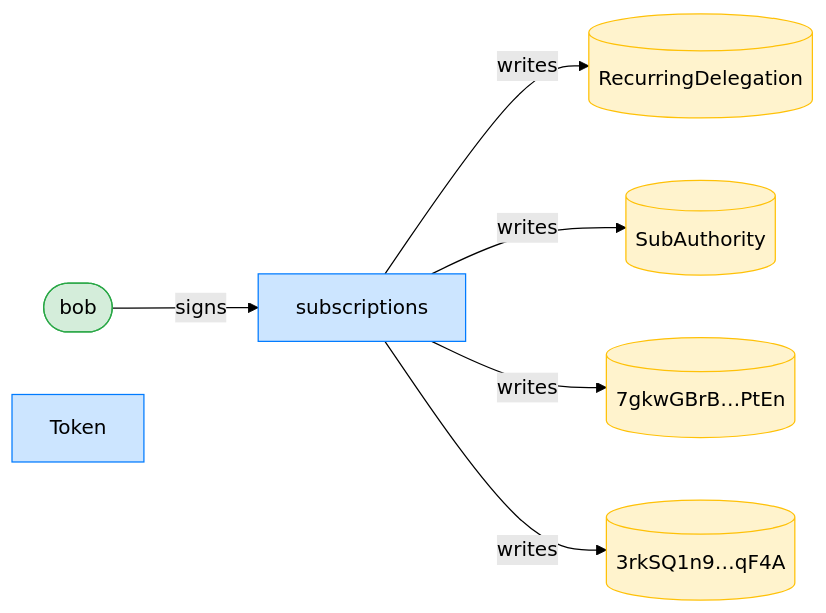
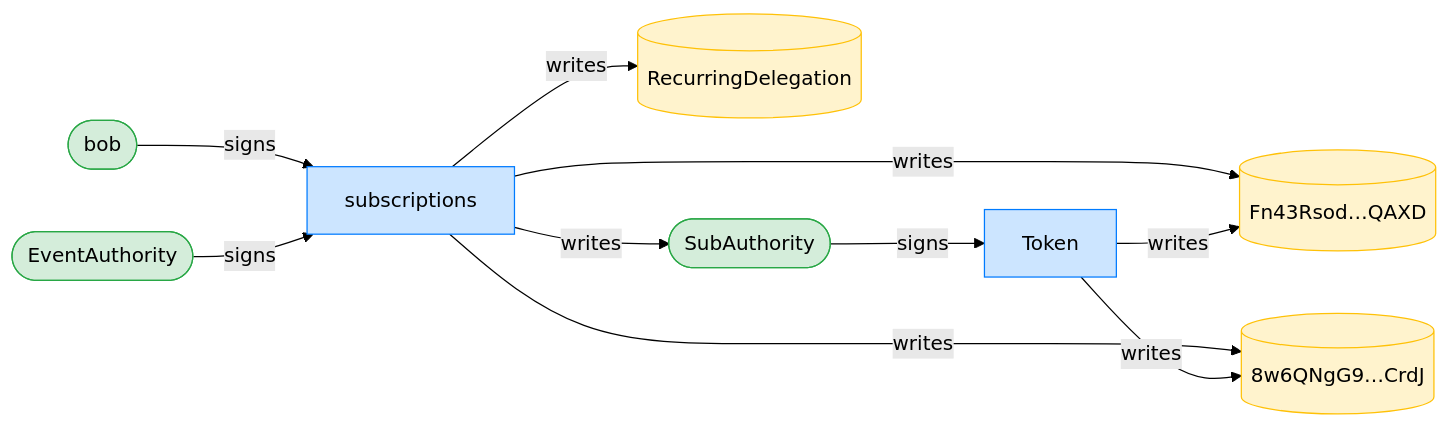
Diagram 11 of 12 in dsl_tests/recurring-transfer-after-expiry-is-refused.md (cds-rs/subscriptions), drawn with Mermaid (forest theme) before and after one commit. The commit also changed other lines of this file and 224 other files, not shown here.

````diff
--- a/dsl_tests/recurring-transfer-after-expiry-is-refused.md
+++ b/dsl_tests/recurring-transfer-after-expiry-is-refused.md
@@ -216,18 +225,23 @@
 ```mermaid
 flowchart LR
     classDef signer fill:#d4edda,stroke:#28a745;
     classDef program fill:#cce5ff,stroke:#007bff;
     classDef writable fill:#fff3cd,stroke:#ffc107;
     subscriptions[subscriptions]:::program
     RecurringDelegation[(RecurringDelegation)]:::writable
-    SubAuthority[(SubAuthority)]:::writable
-    7gkwGBrB_PtEn[("7gkwGBrB…PtEn")]:::writable
-    3rkSQ1n9_qF4A[("3rkSQ1n9…qF4A")]:::writable
+    SubAuthority([SubAuthority]):::signer
+    Fn43Rsod_QAXD[("Fn43Rsod…QAXD")]:::writable
+    8w6QNgG9_CrdJ[("8w6QNgG9…CrdJ")]:::writable
     bob([bob]):::signer
     Token[Token]:::program
+    EventAuthority([EventAuthority]):::signer
     bob -->|signs| subscriptions
+    SubAuthority -->|signs| Token
+    EventAuthority -->|signs| subscriptions
     subscriptions -->|writes| RecurringDelegation
     subscriptions -->|writes| SubAuthority
-    subscriptions -->|writes| 7gkwGBrB_PtEn
-    subscriptions -->|writes| 3rkSQ1n9_qF4A
+    subscriptions -->|writes| Fn43Rsod_QAXD
+    subscriptions -->|writes| 8w6QNgG9_CrdJ
+    Token -->|writes| Fn43Rsod_QAXD
+    Token -->|writes| 8w6QNgG9_CrdJ
 ```
````
